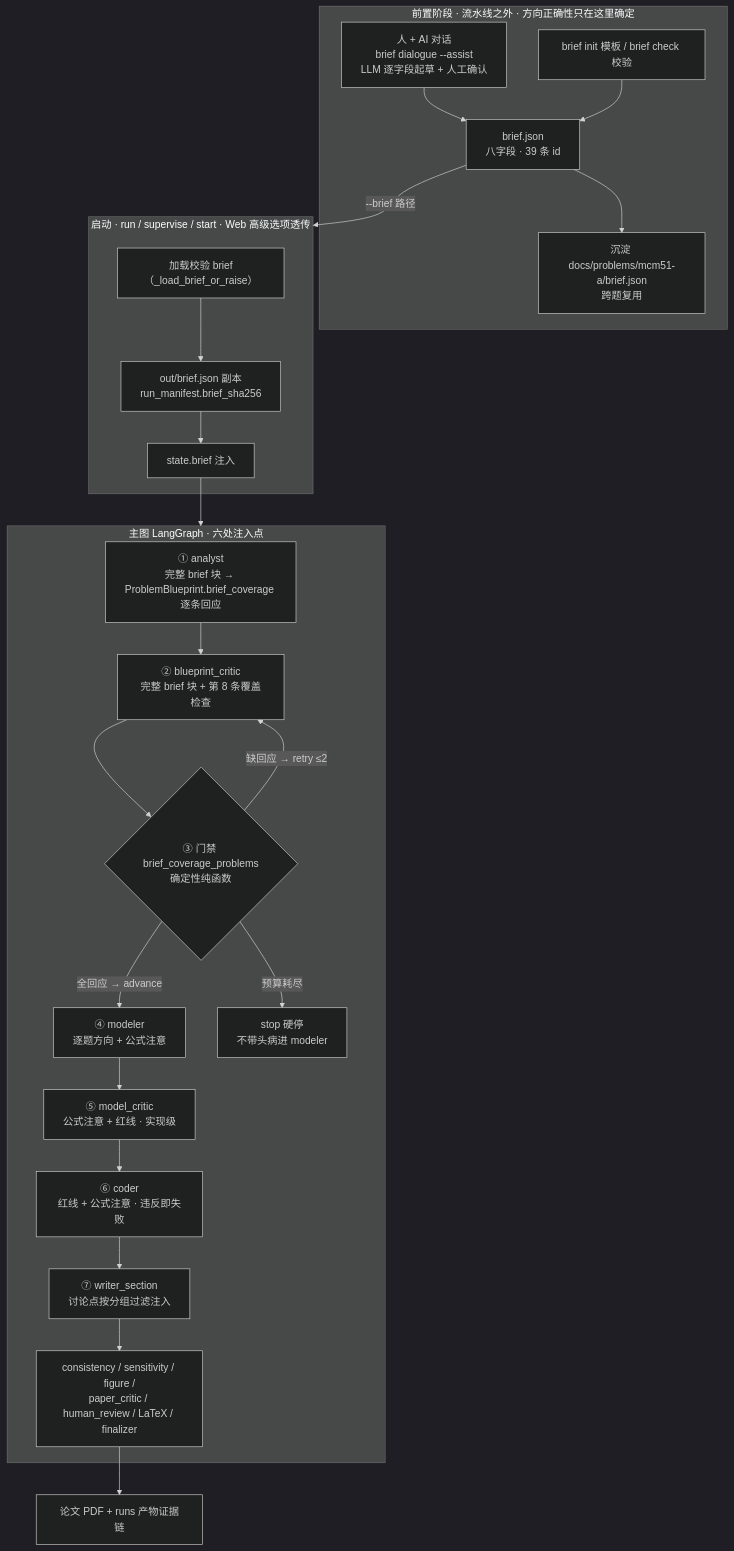
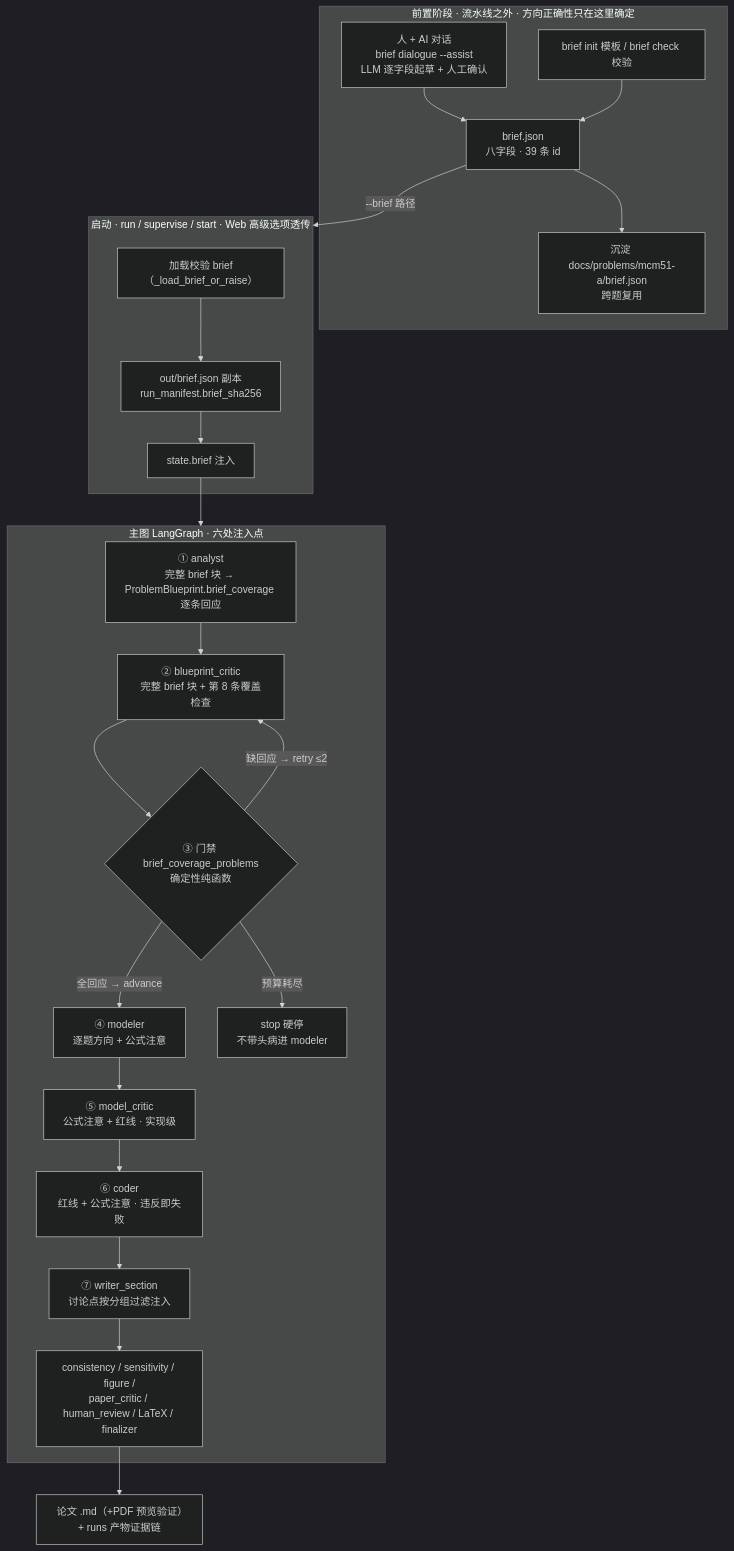
The diagram in docs/11-ModelingBrief流程总图.md (Avalianfeng/Beacon), drawn with Mermaid (dark theme) before and after one commit. The commit also changed other lines of this file and 14 other files, not shown here.

````diff
--- a/docs/11-ModelingBrief流程总图.md
+++ b/docs/11-ModelingBrief流程总图.md
@@ -58,29 +58,29 @@
 ```mermaid
 flowchart TB
     subgraph PRE["前置阶段 · 流水线之外 · 方向正确性只在这里确定"]
         D1["人 + AI 对话<br/>brief dialogue --assist<br/>LLM 逐字段起草 + 人工确认"] --> D2["brief.json<br/>八字段 · 39 条 id"]
         D3["brief init 模板 / brief check 校验"] --> D2
         D2 --> D4["沉淀 docs/problems/mcm51-a/brief.json<br/>跨题复用"]
     end
     D2 -->|"--brief 路径"| RUN
     subgraph RUN["启动 · run / supervise / start · Web 高级选项透传"]
         R1["加载校验 brief（_load_brief_or_raise）"] --> R2["out/brief.json 副本<br/>run_manifest.brief_sha256"]
         R2 --> R3["state.brief 注入"]
     end
     R3 --> GRAPH
     subgraph GRAPH["主图 LangGraph · 六处注入点"]
         A["① analyst<br/>完整 brief 块 → ProblemBlueprint.brief_coverage 逐条回应"]
         B["② blueprint_critic<br/>完整 brief 块 + 第 8 条覆盖检查"]
         G{"③ 门禁 brief_coverage_problems<br/>确定性纯函数"}
         M1["④ modeler<br/>逐题方向 + 公式注意"]
         M2["⑤ model_critic<br/>公式注意 + 红线 · 实现级"]
         C["⑥ coder<br/>红线 + 公式注意 · 违反即失败"]
         W["⑦ writer_section<br/>讨论点按分组过滤注入"]
         A --> B --> G
         G -->|"全回应 → advance"| M1 --> M2 --> C --> W
         G -->|"缺回应 → retry ≤2"| B
         G -->|"预算耗尽"| STOP["stop 硬停<br/>不带头病进 modeler"]
         W --> TAIL["consistency / sensitivity / figure /<br/>paper_critic / human_review / LaTeX / finalizer"]
     end
-    TAIL --> OUT["论文 PDF + runs 产物证据链"]
+    TAIL --> OUT["论文 .md（+PDF 预览验证）+ runs 产物证据链"]
 ```
````
